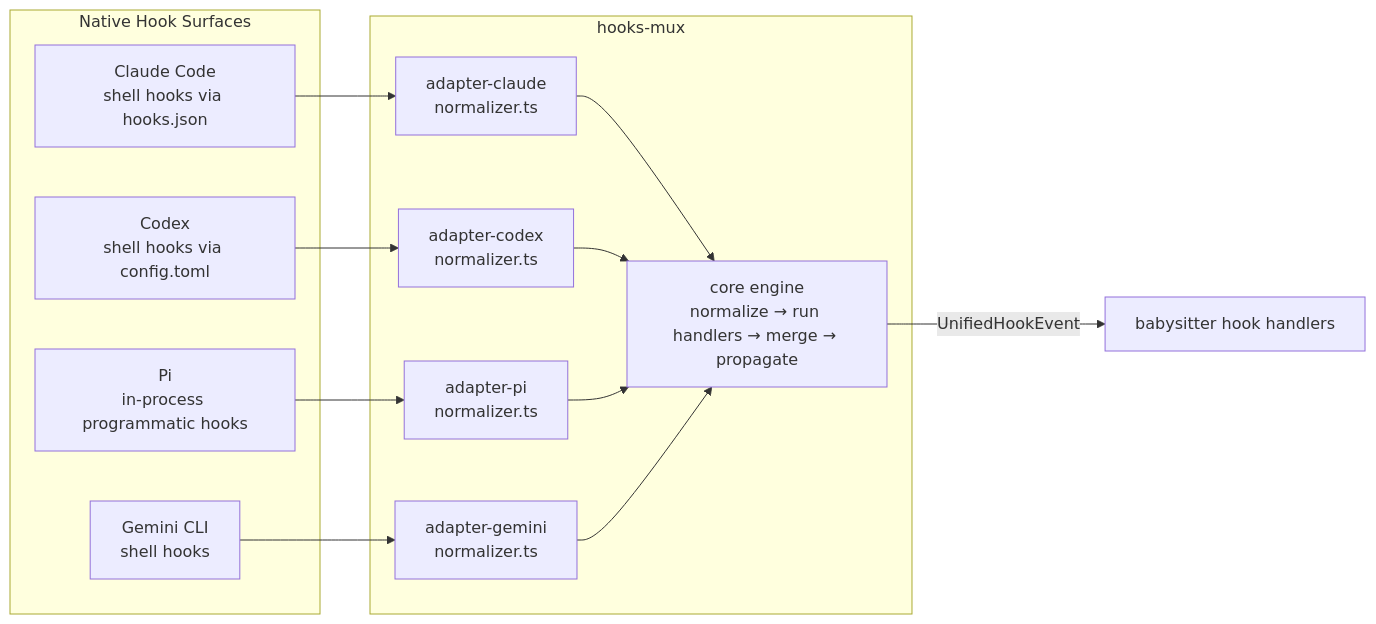
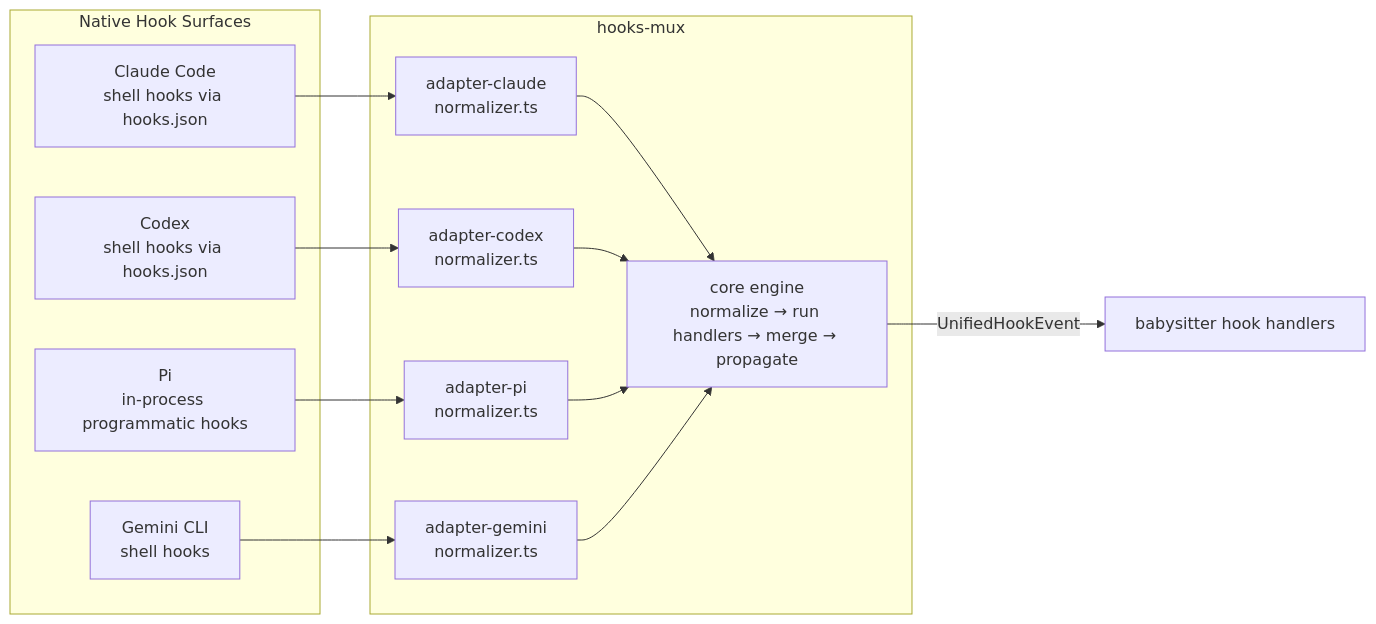
The second of 16 diagrams in docs/development/03-babysitter-plugin-flows.md (a5c-ai/babysitter), drawn with Mermaid before and after one commit. The commit also changed other lines of this file and 4 other files, not shown here.

````diff
--- a/docs/development/03-babysitter-plugin-flows.md
+++ b/docs/development/03-babysitter-plugin-flows.md
@@ -64,24 +64,24 @@
 ```mermaid
 graph LR
     subgraph "Native Hook Surfaces"
         CC["Claude Code<br/>shell hooks via hooks.json"]
-        CX["Codex<br/>shell hooks via config.toml"]
+        CX["Codex<br/>shell hooks via hooks.json"]
         PI["Pi<br/>in-process programmatic hooks"]
         GC["Gemini CLI<br/>shell hooks"]
     end
 
     subgraph "hooks-mux"
         AC["adapter-claude<br/>normalizer.ts"]
         AX["adapter-codex<br/>normalizer.ts"]
         AP["adapter-pi<br/>normalizer.ts"]
         AG["adapter-gemini<br/>normalizer.ts"]
         CORE["core engine<br/>normalize → run handlers → merge → propagate"]
     end
 
     CC --> AC --> CORE
     CX --> AX --> CORE
     PI --> AP --> CORE
     GC --> AG --> CORE
 
     CORE --> |"UnifiedHookEvent"| HANDLERS["babysitter hook handlers"]
 ```
````
